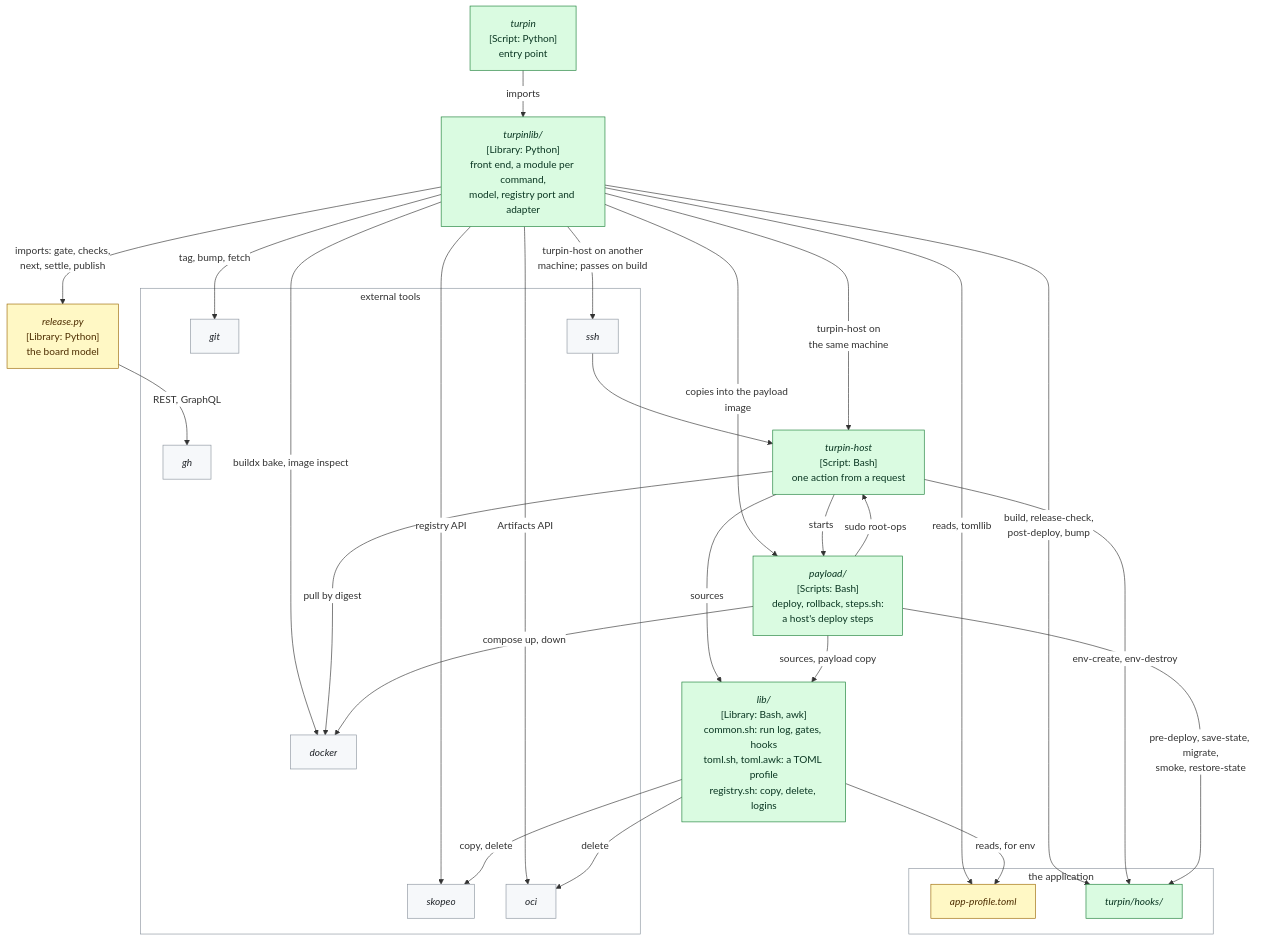
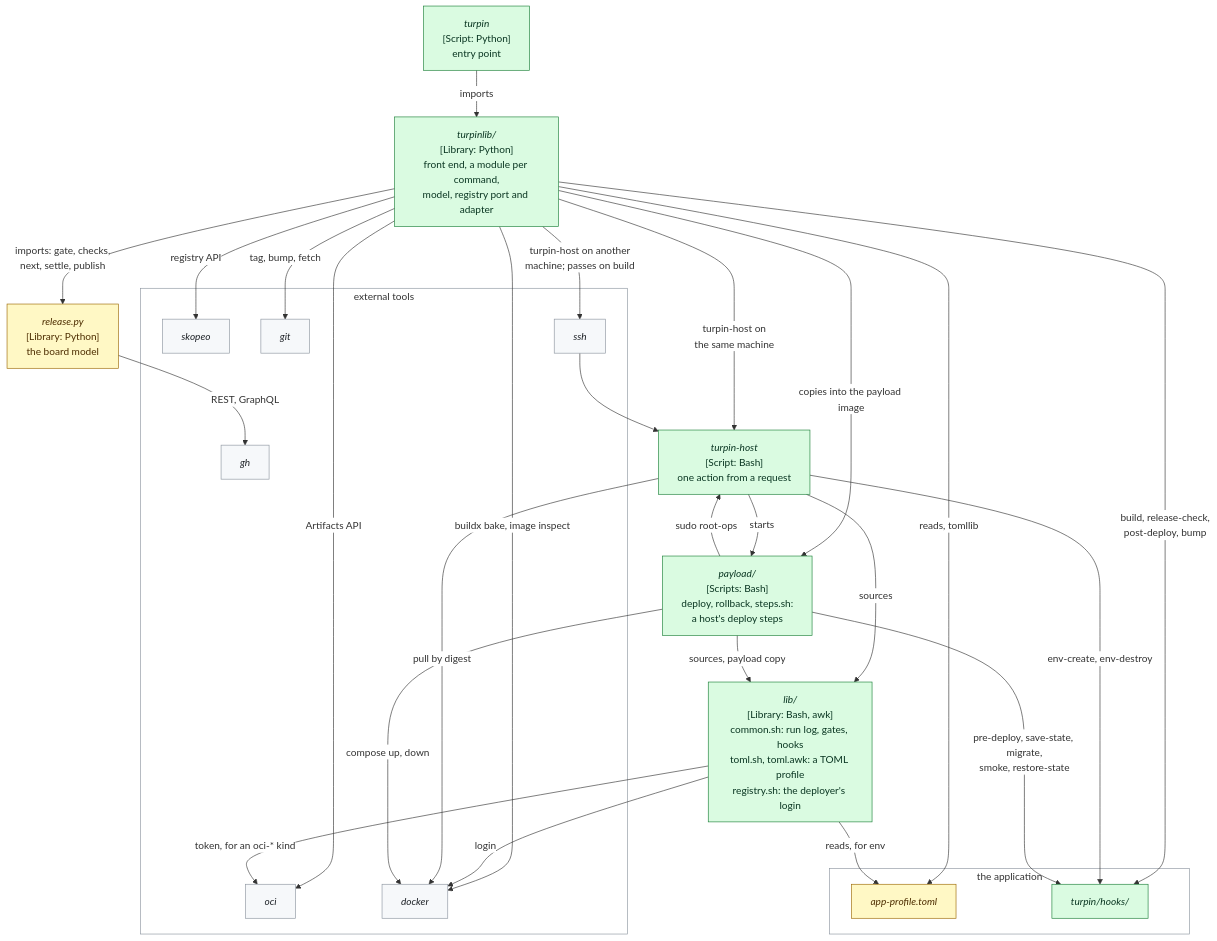
The eighth of 10 diagrams in records/2.5-changes/programme-tooling/117-generic-deliver-tool/design.md (delphside/programme), drawn with Mermaid before and after one commit. The commit also changed other lines of this file, not shown here.

First line of the commit message:
Change 117: copy and delete as Python turpin commands; translators

````diff
--- a/records/2.5-changes/programme-tooling/117-generic-deliver-tool/design.md
+++ b/records/2.5-changes/programme-tooling/117-generic-deliver-tool/design.md
@@ -1094,52 +1118,52 @@
 ```mermaid
 %%{init: {"themeVariables": {"clusterBkg": "#ffffff", "clusterBorder": "#8c959f", "edgeLabelBackground": "#ffffff"}}}%%
 flowchart TB
   DLV["<i>turpin</i><br>[Script: Python]<br>entry point"]
   PKG["<i>turpinlib/</i><br>[Library: Python]<br>front end, a module per command,<br>model, registry port and adapter"]
   DH["<i>turpin-host</i><br>[Script: Bash]<br>one action from a request"]
-  LIB["<i>lib/</i><br>[Library: Bash, awk]<br>common.sh: run log, gates, hooks<br>toml.sh, toml.awk: a TOML profile<br>registry.sh: copy, delete, logins"]
+  LIB["<i>lib/</i><br>[Library: Bash, awk]<br>common.sh: run log, gates, hooks<br>toml.sh, toml.awk: a TOML profile<br>registry.sh: the deployer's login"]
   PAY["<i>payload/</i><br>[Scripts: Bash]<br>deploy, rollback, steps.sh:<br>a host's deploy steps"]
   BR["<i>release.py</i><br>[Library: Python]<br>the board model"]
   subgraph APP["the application"]
     PROF["<i>app-profile.toml</i>"]
     HOOKS["<i>turpin/hooks/</i>"]
   end
   subgraph EXT["external tools"]
     SKO["<i>skopeo</i>"]
     OCIX["<i>oci</i>"]
     DOCK["<i>docker</i>"]
     GITX["<i>git</i>"]
     GHX["<i>gh</i>"]
     SSHX["<i>ssh</i>"]
   end
   DLV -->|imports| PKG
   PKG -->|reads, tomllib| PROF
   PKG -->|registry API| SKO
   PKG -->|Artifacts API| OCIX
   PKG -->|imports: gate, checks,<br>next, settle, publish| BR
   BR -->|REST, GraphQL| GHX
   PKG -->|tag, bump, fetch| GITX
   PKG -->|turpin-host on another<br>machine; passes on build| SSHX
   SSHX --> DH
   PKG -->|turpin-host on<br>the same machine| DH
   PKG -->|build, release-check,<br>post-deploy, bump| HOOKS
   PKG -->|copies into the payload image| PAY
   PKG -->|buildx bake, image inspect| DOCK
   DH -->|sources| LIB
   LIB -->|reads, for env| PROF
-  LIB -->|copy, delete| SKO
-  LIB -->|delete| OCIX
+  LIB -->|login| DOCK
+  LIB -->|token, for an oci-* kind| OCIX
   PAY -->|sources, payload copy| LIB
   DH -->|env-create, env-destroy| HOOKS
   DH -->|starts| PAY
   DH -->|pull by digest| DOCK
   PAY -->|pre-deploy, save-state, migrate,<br>smoke, restore-state| HOOKS
   PAY -->|compose up, down| DOCK
   PAY -->|sudo root-ops| DH
   classDef unchanged    fill:#f6f8fa,stroke:#8c959f,color:#1f2328
   classDef new          fill:#dafbe1,stroke:#1a7f37,color:#0a3622
   classDef changed      fill:#fff8c5,stroke:#9a6700,color:#4d2d00
   class DLV,PKG,DH,LIB,PAY,HOOKS new
   class PROF,BR changed
   class SKO,OCIX,DOCK,GITX,GHX,SSHX unchanged
 ```
````
